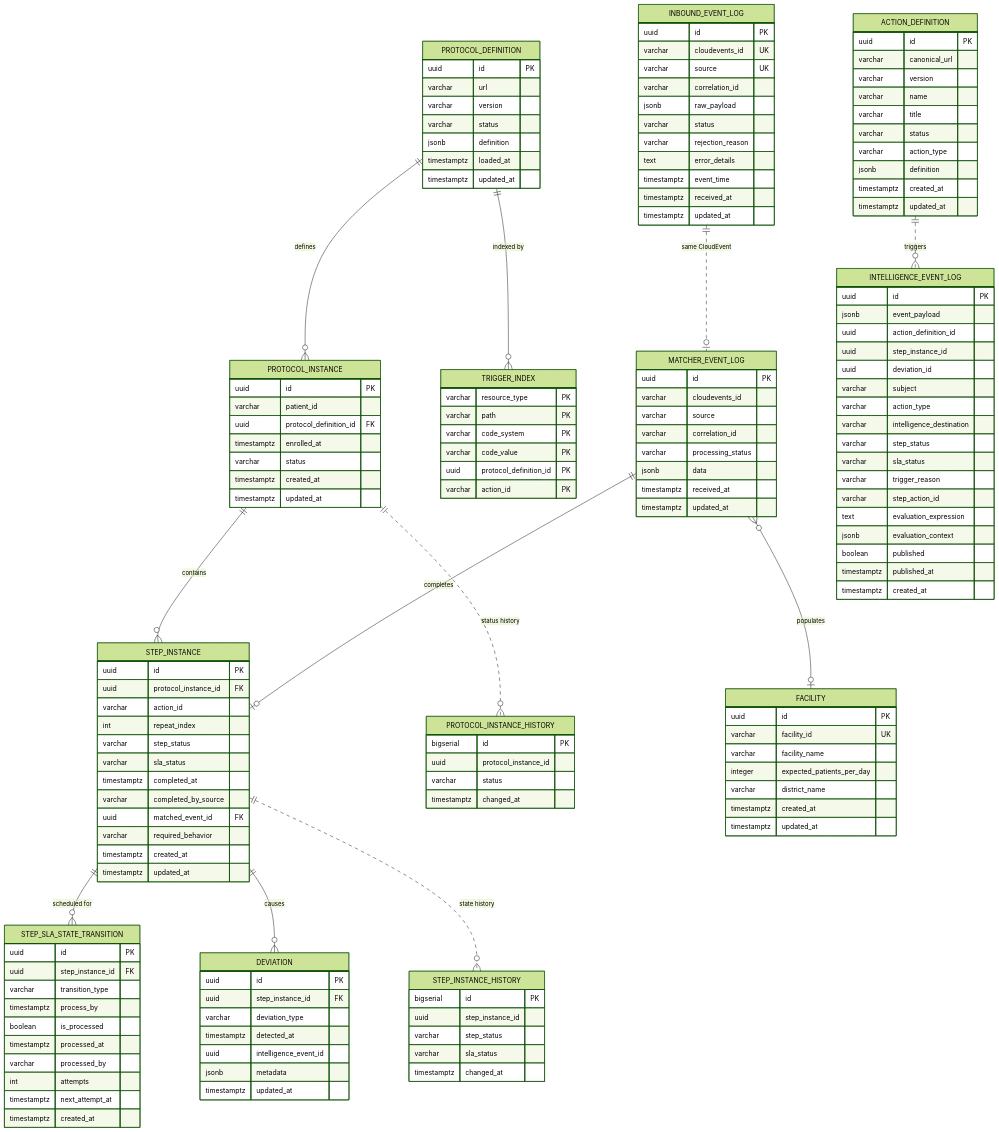
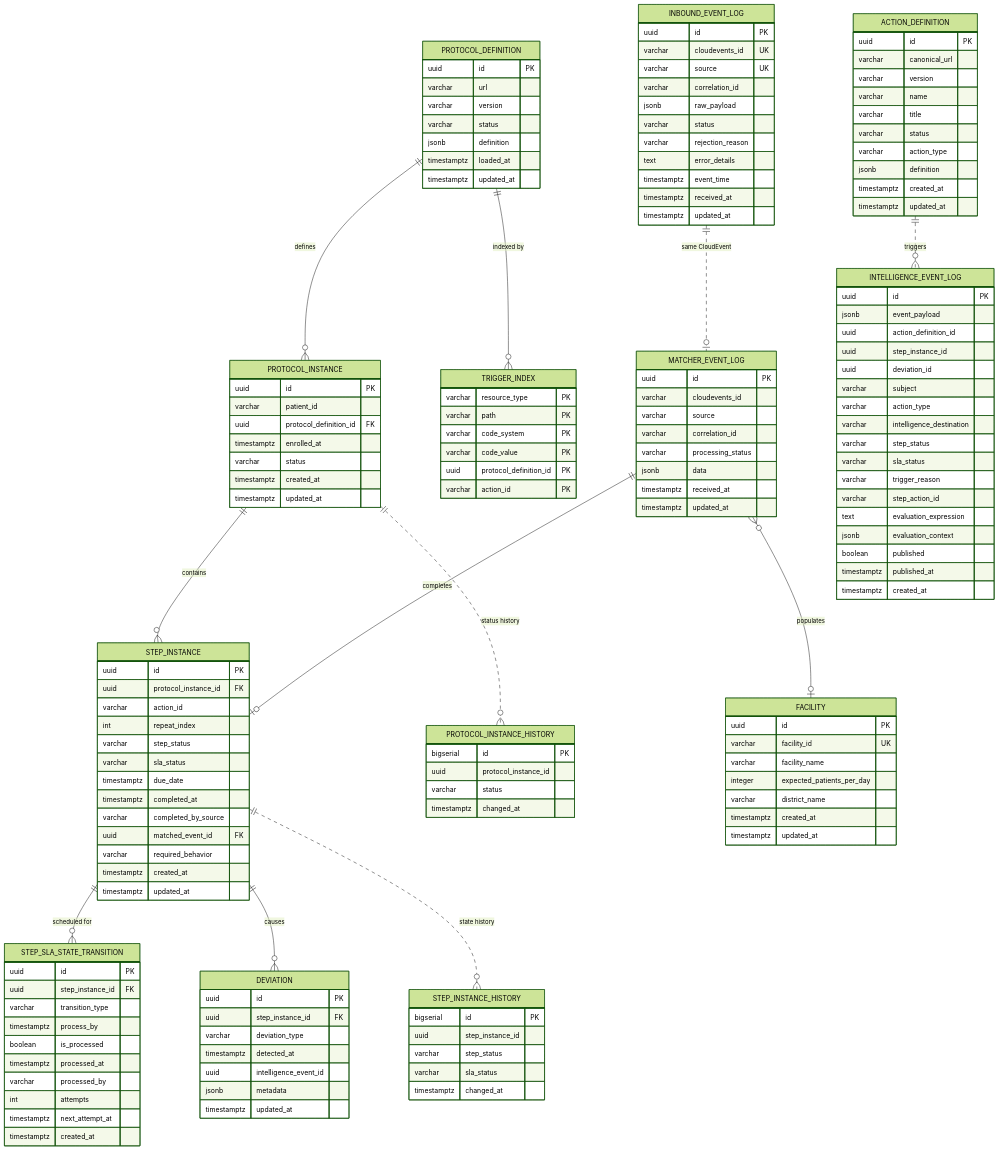
One commit to Jayaprakash8887/cce-common-util changed the diagram in docs/data-dictionary.md. Above: the diagram before and after it, drawn with Mermaid (forest theme).

Commit message:
Add due_date to the step_instance ER diagram
The column was added to the step_instance column table but not to the diagram above
it, so the two disagreed about the table's shape. Placed after sla_status, matching
the order in the column table, the entity and V1.

```diff
--- a/docs/data-dictionary.md
+++ b/docs/data-dictionary.md
@@ -89,6 +89,7 @@
         int repeat_index
         varchar step_status
         varchar sla_status
+        timestamptz due_date
         timestamptz completed_at
         varchar completed_by_source
         uuid matched_event_id FK
```
